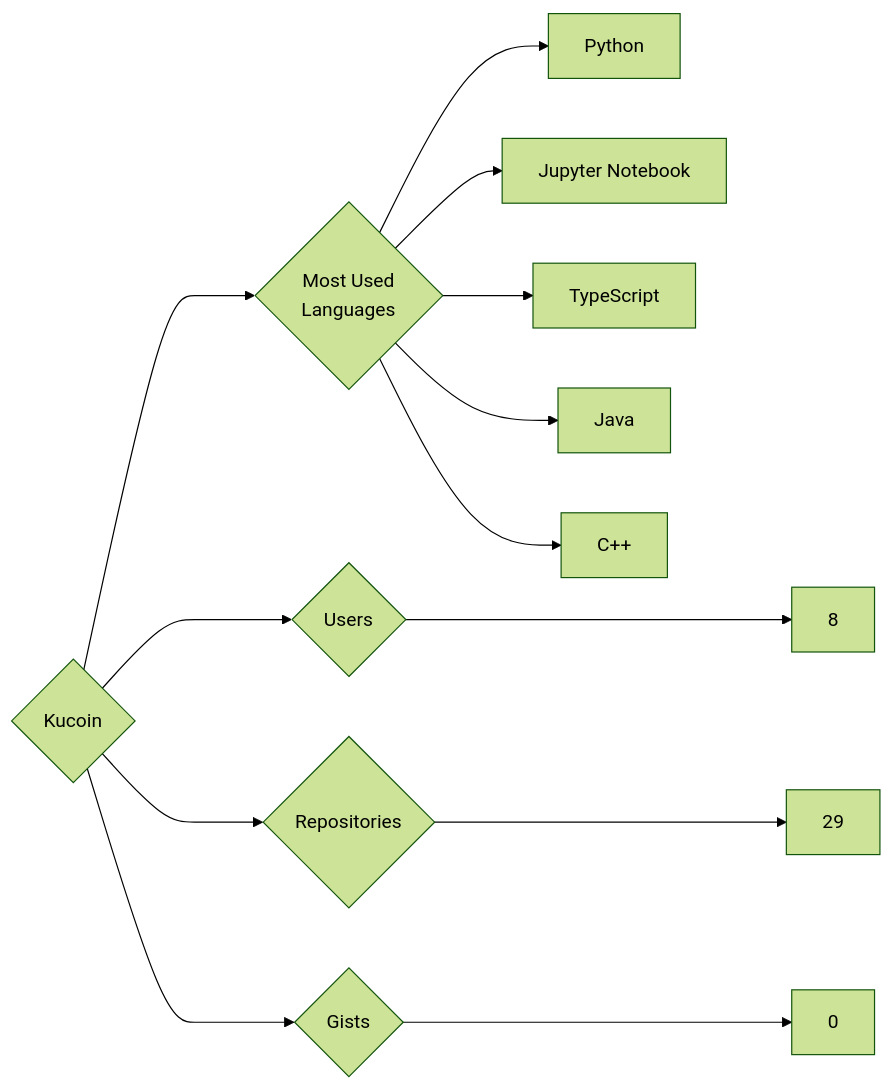
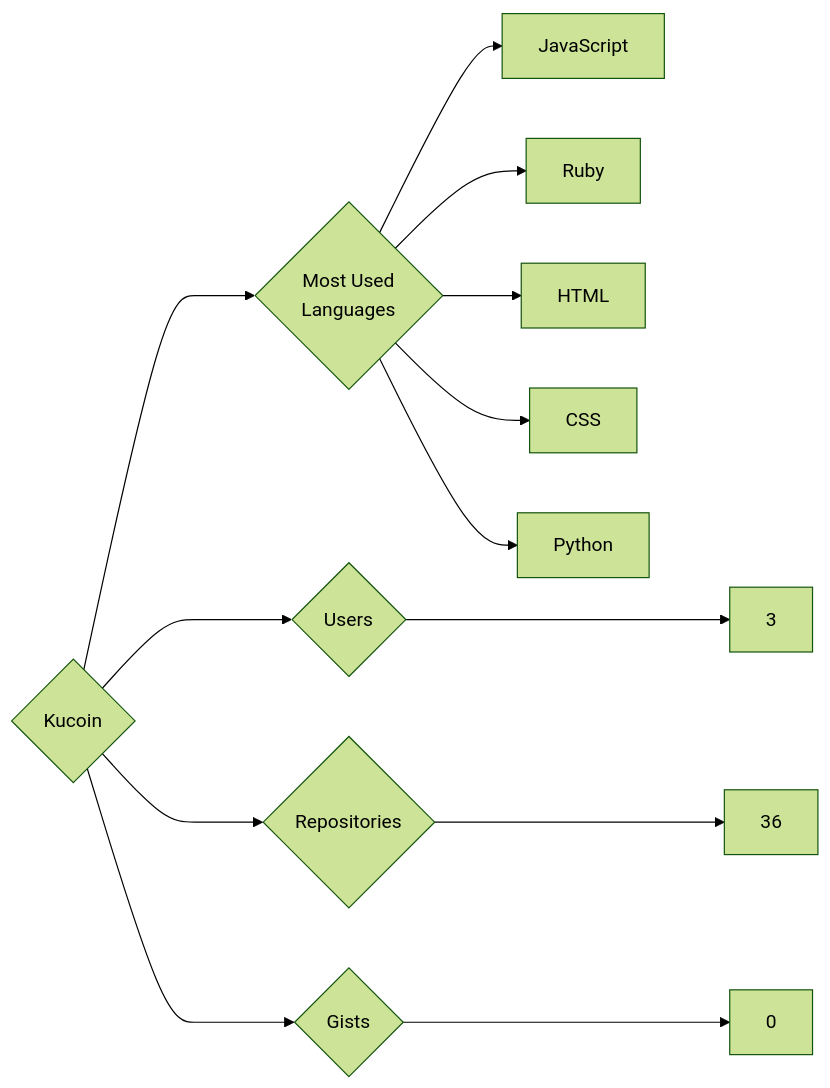
One commit to trickest/insiders changed the diagram in targets/Kucoin/README.md. Above: the diagram before and after it, drawn with Mermaid (forest theme). The commit also changed 1195 other files, not shown here.

````diff
--- a/targets/Kucoin/README.md
+++ b/targets/Kucoin/README.md
@@ -3,13 +3,13 @@
 ```mermaid
 graph LR
 COMPANY_NAME{Kucoin}
-COMPANY_NAME ---> U{Users} ---> UN[8]
-COMPANY_NAME ---> R{Repositories} ---> RN[29]
+COMPANY_NAME ---> U{Users} ---> UN[3]
+COMPANY_NAME ---> R{Repositories} ---> RN[36]
 COMPANY_NAME ---> G{Gists} ---> GN[0]
 COMPANY_NAME ---> ML{Most Used<br>Languages}
+ML --> JavaScript[JavaScript]
+ML --> Ruby[Ruby]
+ML --> HTML[HTML]
+ML --> CSS[CSS]
 ML --> Python[Python]
-ML --> Jupyter_Notebook[Jupyter Notebook]
-ML --> TypeScript[TypeScript]
-ML --> Java[Java]
-ML --> C++[C++]
 ```
````
